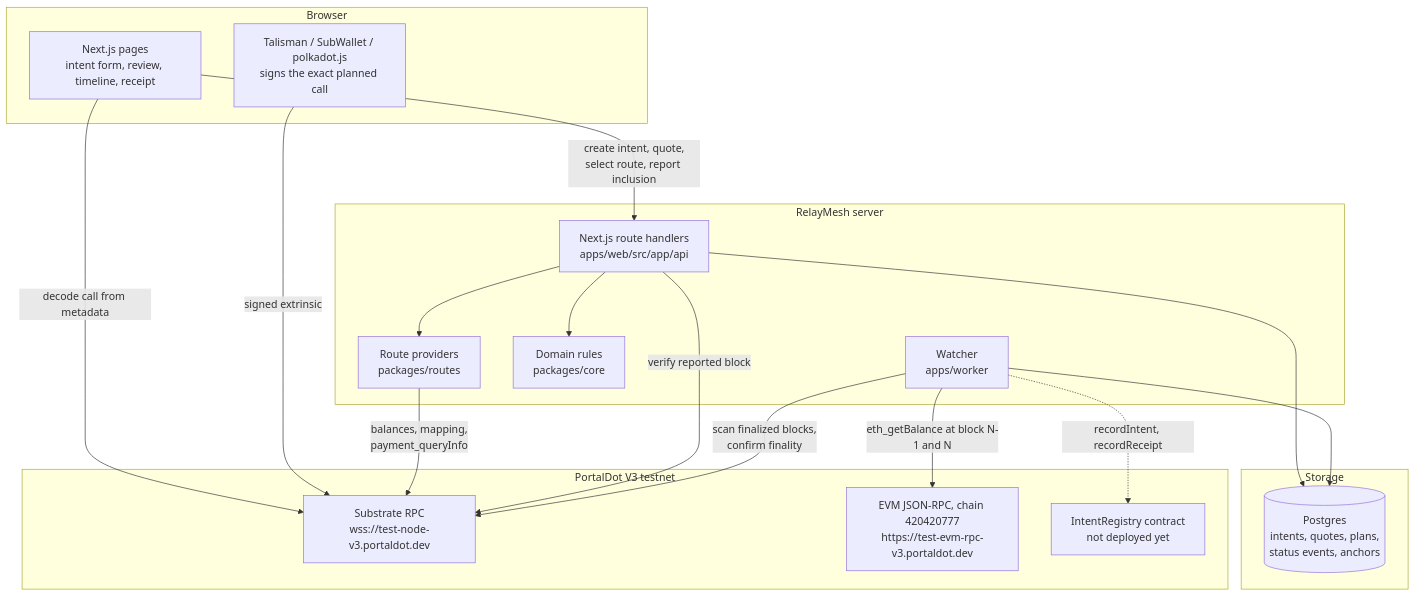
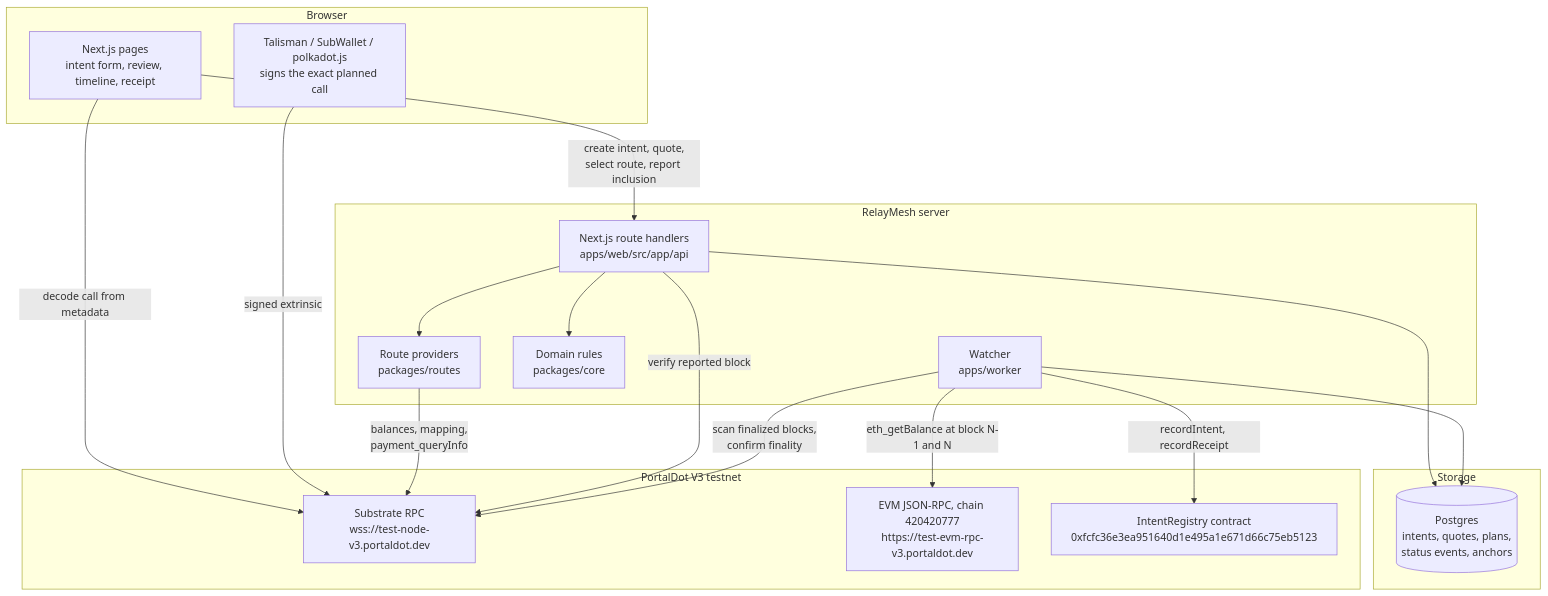
The first of 3 diagrams in docs/architecture.md (Saber1Y/RelayMesh), drawn with Mermaid before and after one commit. The commit also changed other lines of this file and 1 other file, not shown here.

Commit message:
docs: mark IntentRegistry as deployed and anchoring as live

````diff
--- a/docs/architecture.md
+++ b/docs/architecture.md
@@ -9,37 +9,37 @@
 ```mermaid
 flowchart TB
     subgraph Client[Browser]
         UI[Next.js pages<br/>intent form, review, timeline, receipt]
         Wallet[Talisman / SubWallet / polkadot.js<br/>signs the exact planned call]
     end
 
     subgraph Server[RelayMesh server]
         API[Next.js route handlers<br/>apps/web/src/app/api]
         Routes[Route providers<br/>packages/routes]
         Core[Domain rules<br/>packages/core]
         Worker[Watcher<br/>apps/worker]
     end
 
     subgraph Data[Storage]
         PG[(Postgres<br/>intents, quotes, plans,<br/>status events, anchors)]
     end
 
     subgraph V3[PortalDot V3 testnet]
         Sub[Substrate RPC<br/>wss://test-node-v3.portaldot.dev]
         EVM[EVM JSON-RPC, chain 420420777<br/>https://test-evm-rpc-v3.portaldot.dev]
-        Reg[IntentRegistry contract<br/>not deployed yet]
+        Reg[IntentRegistry contract<br/>0xfcfc36e3ea951640d1e495a1e671d66c75eb5123]
     end
 
     UI -->|create intent, quote,<br/>select route, report inclusion| API
     UI -->|decode call from metadata| Sub
     Wallet -->|signed extrinsic| Sub
     API --> Core
     API --> Routes
     Routes -->|balances, mapping,<br/>payment_queryInfo| Sub
     API -->|verify reported block| Sub
     API --> PG
     Worker --> PG
     Worker -->|scan finalized blocks,<br/>confirm finality| Sub
     Worker -->|eth_getBalance at block N-1 and N| EVM
-    Worker -.->|recordIntent, recordReceipt| Reg
+    Worker -->|recordIntent, recordReceipt| Reg
 ```
````
